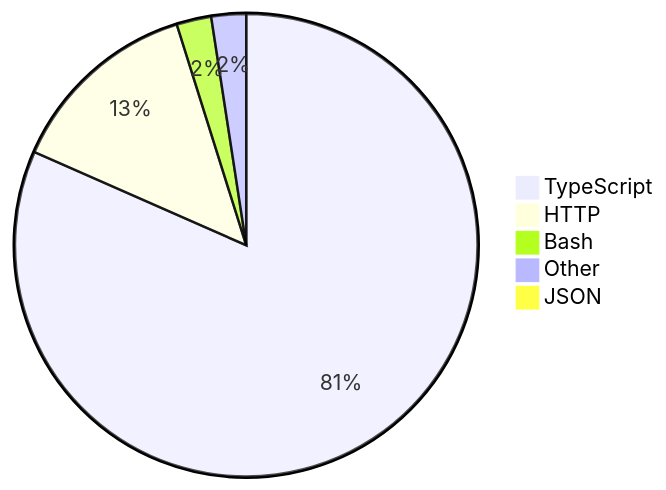
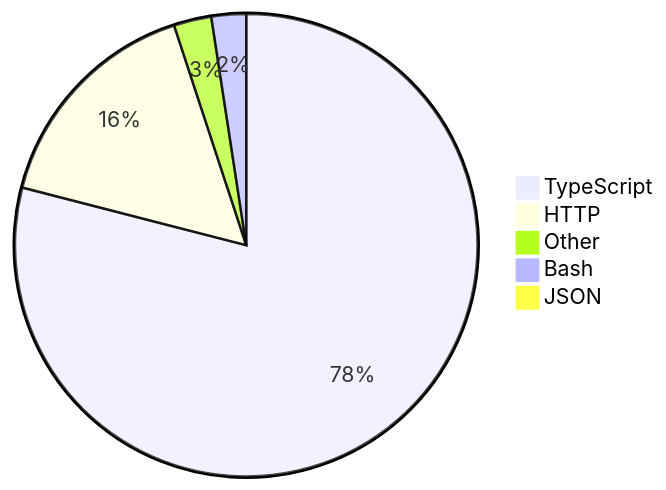
One commit to skvggor/skvggor changed the diagram in README.md. Above: the diagram before and after it, drawn with Mermaid.

Commit message:
Updated waka-readme graph with new metrics

````diff
--- a/README.md
+++ b/README.md
@@ -16,8 +16,8 @@
 ```mermaid
 pie
-    "TypeScript" : 80.7
-    "HTTP" : 13.4
+    "TypeScript" : 78.3
+    "HTTP" : 15.8
+    "Other" : 2.6
     "Bash" : 2.4
-    "Other" : 2.4
-    "JSON" : 0.8
+    "JSON" : 0.7
 ```
````
